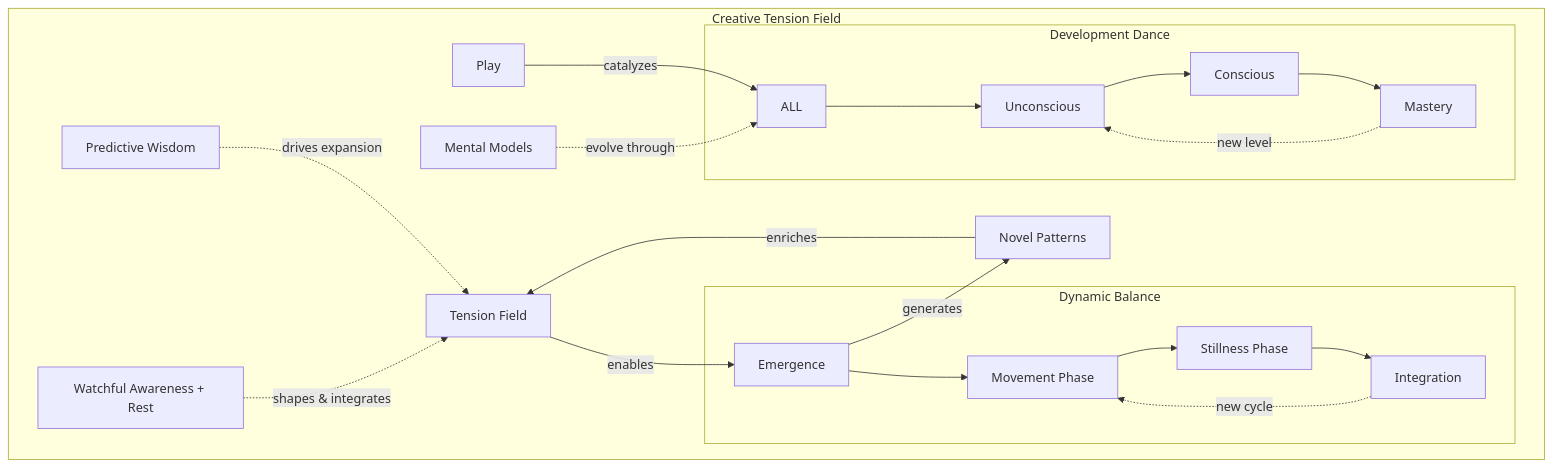
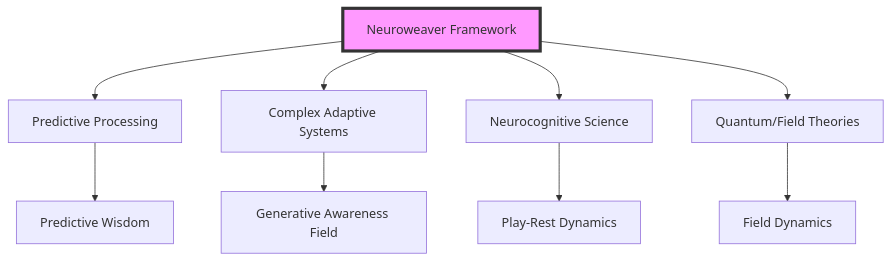
Before and after one commit to phillipclapham/neuroweaver: the fourth of 52 diagrams in README.md, drawn with Mermaid. The commit also changed other lines of this file and 4 other files, not shown here.

Commit message:
v0.2.0-flow

````diff
--- a/README.md
+++ b/README.md
@@ -286,28 +3048,14 @@
 ```mermaid
 graph TD
-    subgraph "Creative Tension Field"
-        T[Tension Field] -->|enables| E[Emergence]
-        E -->|generates| N[Novel Patterns]
-        N -->|enriches| T
+    NW[Neuroweaver Framework] --> PP[Predictive Processing]
+    NW --> CAS[Complex Adaptive Systems]
+    NW --> NC[Neurocognitive Science]
+    NW --> QF[Quantum/Field Theories]
 
-        PW[Predictive Wisdom] -.->|drives expansion| T
-        WA_R[Watchful Awareness + Rest] -.->|shapes & integrates| T
-        Play[Play] -->|catalyzes| ALL
+    PP --> PW[Predictive Wisdom]
+    CAS --> GAF[Generative Awareness Field]
+    NC --> PR[Play-Rest Dynamics]
+    QF --> FD[Field Dynamics]
 
-        subgraph "Dynamic Balance"
-            E --> M[Movement Phase]
-            M --> S[Stillness Phase]
-            S --> I[Integration]
-            I -.->|new cycle| M
-        end
-
-        subgraph "Development Dance"
-            ALL --> U[Unconscious]
-            U --> C[Conscious]
-            C --> M2[Mastery]
-            M2 -.->|new level| U
-        end
-
-        MM[Mental Models] -.->|evolve through| ALL
-    end
+    style NW fill:#f9f,stroke:#333,stroke-width:4px
 ```
````
